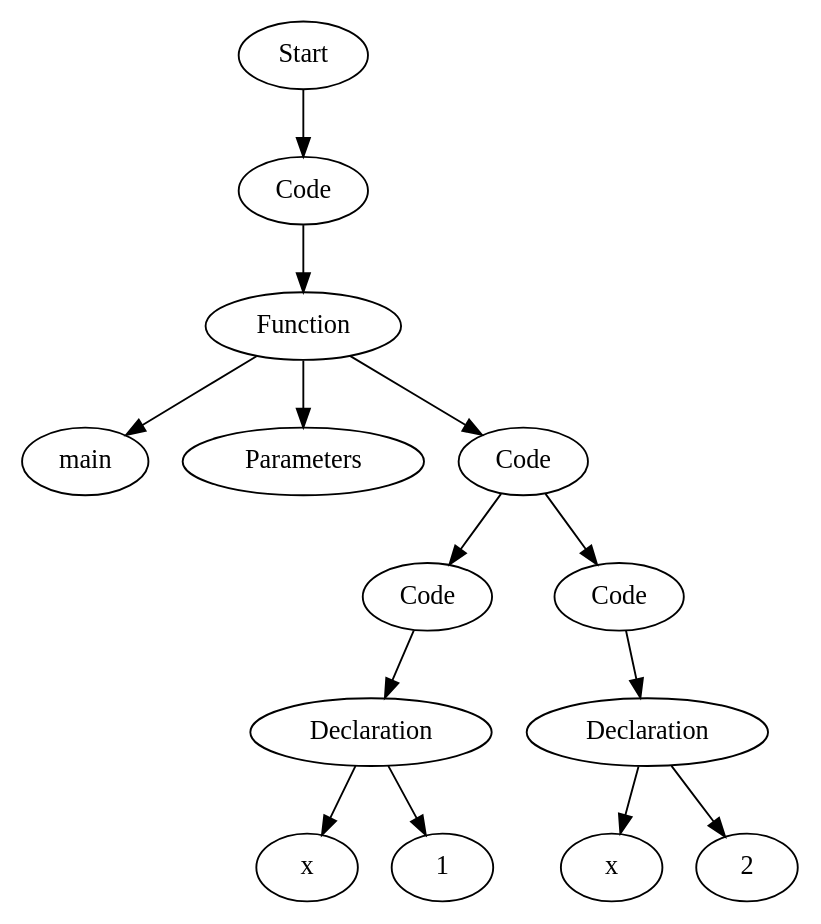
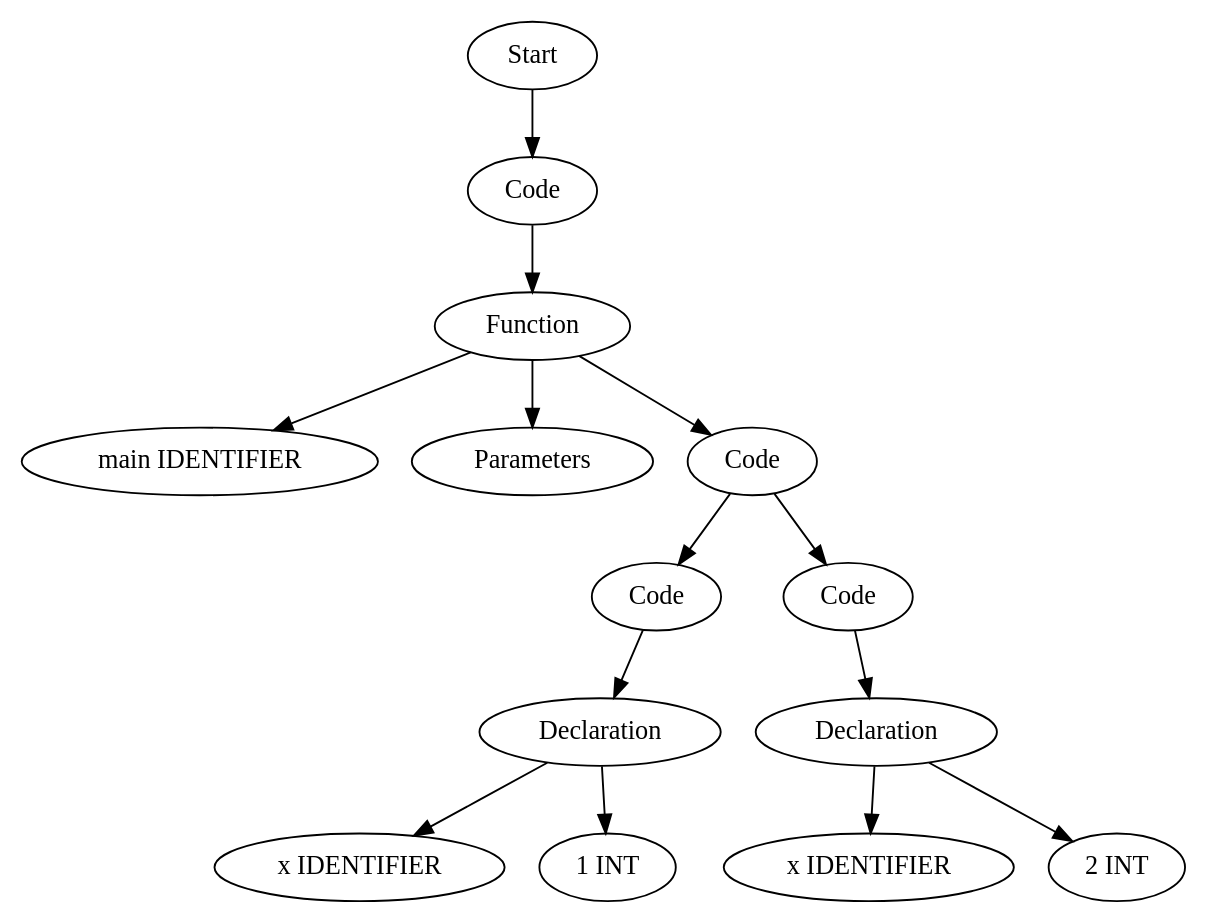
Before and after one commit to Are-you-listening/Compilers: the diagram in TestCases/ASTTests/SemanticErrorsTests/CreateTests/read_file_after.dot, drawn with Graphviz. The commit also changed 50 other files, not shown here.

```diff
--- a/TestCases/ASTTests/SemanticErrorsTests/CreateTests/read_file_after.dot
+++ b/TestCases/ASTTests/SemanticErrorsTests/CreateTests/read_file_after.dot
@@ -1,29 +1,29 @@
 digraph AST {
-  "137163135867952" [label="Start"];
-  "137163135867952" -> "137163135868432";
-  "137163135868432" [label="Code"];
-  "137163135868432" -> "137163135868576";
-  "137163135868576" [label="Function"];
-  "137163135868576" -> "137163135868672";
-  "137163135868576" -> "137163135868720";
-  "137163135868576" -> "137163135868768";
-  "137163135868672" [label="main"];
-  "137163135868720" [label="Parameters"];
-  "137163135868768" [label="Code"];
-  "137163135868768" -> "137163135868864";
-  "137163135868768" -> "137163135868912";
-  "137163135868864" [label="Code"];
-  "137163135868864" -> "137163135868960";
-  "137163135868960" [label="Declaration"];
-  "137163135868960" -> "137163135869056";
-  "137163135868960" -> "137163135869104";
-  "137163135869056" [label="x"];
-  "137163135869104" [label="1"];
-  "137163135868912" [label="Code"];
-  "137163135868912" -> "137163135869152";
-  "137163135869152" [label="Declaration"];
-  "137163135869152" -> "137163135869248";
-  "137163135869152" -> "137163135869296";
-  "137163135869248" [label="x"];
-  "137163135869296" [label="2"];
+  "128449130651968" [label="Start"];
+  "128449130651968" -> "128449130654704";
+  "128449130654704" [label="Code"];
+  "128449130654704" -> "128449130654848";
+  "128449130654848" [label="Function"];
+  "128449130654848" -> "128449130654944";
+  "128449130654848" -> "128449130654992";
+  "128449130654848" -> "128449130655040";
+  "128449130654944" [label="main IDENTIFIER"];
+  "128449130654992" [label="Parameters"];
+  "128449130655040" [label="Code"];
+  "128449130655040" -> "128449130655136";
+  "128449130655040" -> "128449130655184";
+  "128449130655136" [label="Code"];
+  "128449130655136" -> "128449130655232";
+  "128449130655232" [label="Declaration"];
+  "128449130655232" -> "128449130655328";
+  "128449130655232" -> "128449130655376";
+  "128449130655328" [label="x IDENTIFIER"];
+  "128449130655376" [label="1 INT"];
+  "128449130655184" [label="Code"];
+  "128449130655184" -> "128449130655424";
+  "128449130655424" [label="Declaration"];
+  "128449130655424" -> "128449130655520";
+  "128449130655424" -> "128449130655568";
+  "128449130655520" [label="x IDENTIFIER"];
+  "128449130655568" [label="2 INT"];
 }
```
